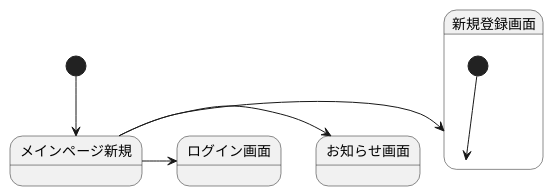
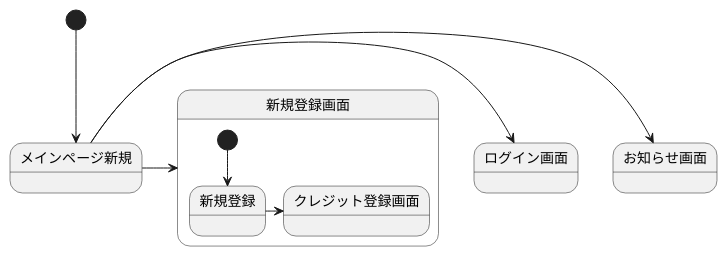
One commit to Aso2001147/2021SystemDesign changed the diagram in 画面遷移図.md. Above: the diagram before and after it, drawn with PlantUML.

````diff
--- a/画面遷移図.md
+++ b/画面遷移図.md
@@ -1,15 +1,16 @@
 ```uml
 @startuml
 [*] --> メインページ新規
 メインページ新規 -> お知らせ画面
 メインページ新規 -> ログイン画面
 メインページ新規 -> 新規登録画面
 
 state 新規登録画面{
-[*] --> 新規登録画面
+[*] --> 新規登録
+新規登録 -> クレジット登録画面
 }
 
 
 
 @enduml
 ```
````
